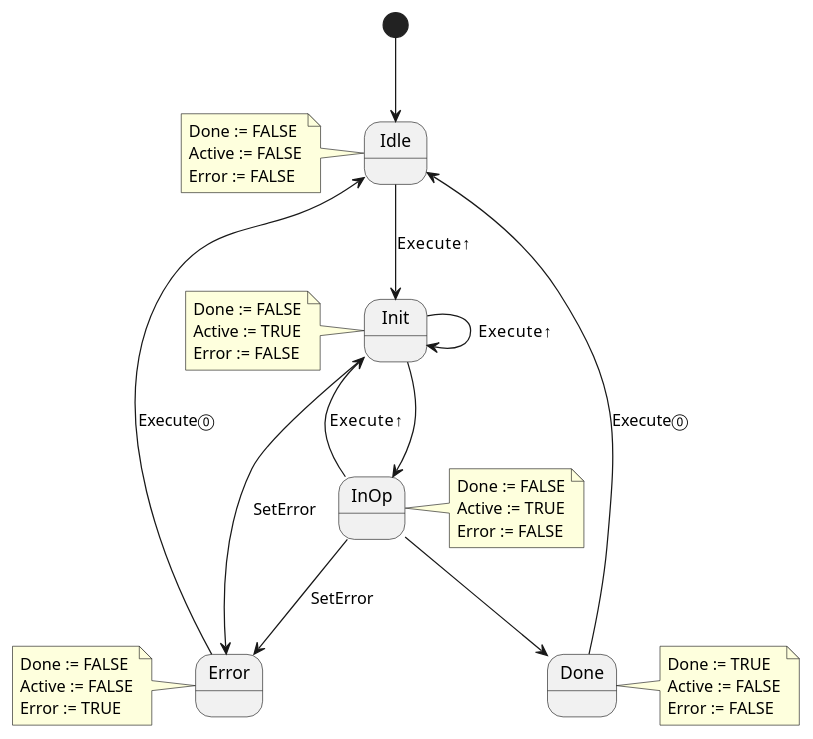
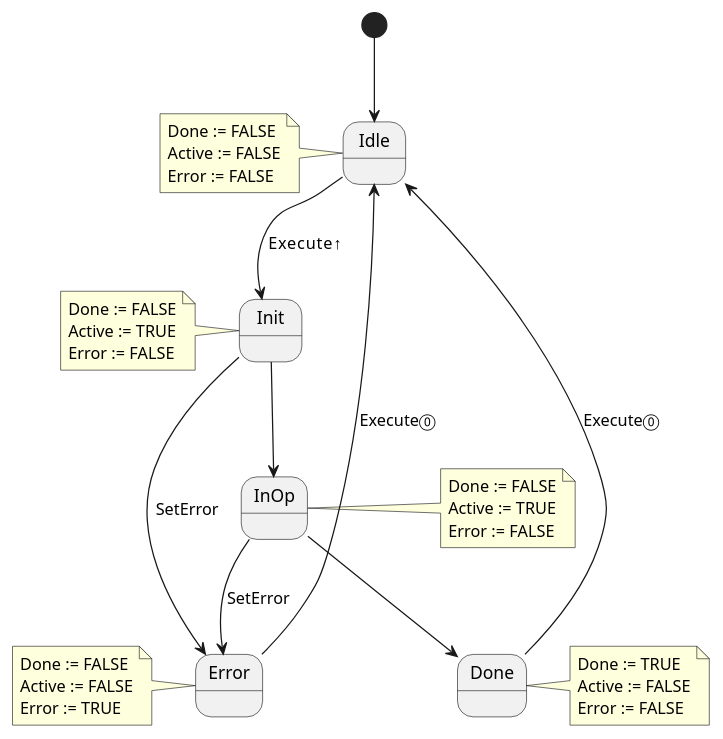
The diagram in puml/ExecuteDoneBase.puml (hei-synd-autb/autb-lab-04), drawn with PlantUML before and after one commit. The commit also changed 9 other files, not shown here.

```diff
--- a/puml/ExecuteDoneBase.puml
+++ b/puml/ExecuteDoneBase.puml
@@ -1,43 +1,40 @@
 @startuml
 
 [*] --> Idle
 Idle --> Init : Execute↑
 note left of Idle
     Done := FALSE
     Active := FALSE
     Error := FALSE
 end note
 
-Init --> Init : Execute↑
 Init --> Error : SetError
 Init --> InOp
 note left of Init
     Done := FALSE
     Active := TRUE
     Error := FALSE
 end note
 
-
-InOp --> Init : Execute↑
 InOp --> Done 
 InOp --> Error : SetError
 note right of InOp
     Done := FALSE
     Active := TRUE
     Error := FALSE
 end note
 
 Error --> Idle : Execute⓪
 note left of Error
     Done := FALSE
     Active := FALSE
     Error := TRUE
 end note
 
 Done --> Idle : Execute⓪
 note right of Done
     Done := TRUE
     Active := FALSE
     Error := FALSE
 end note
 @enduml
```
